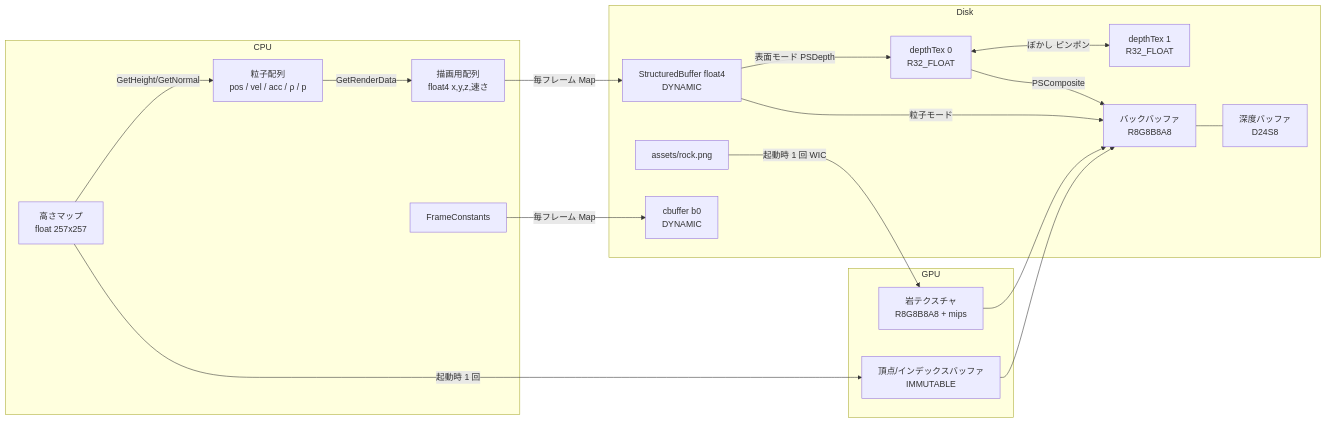
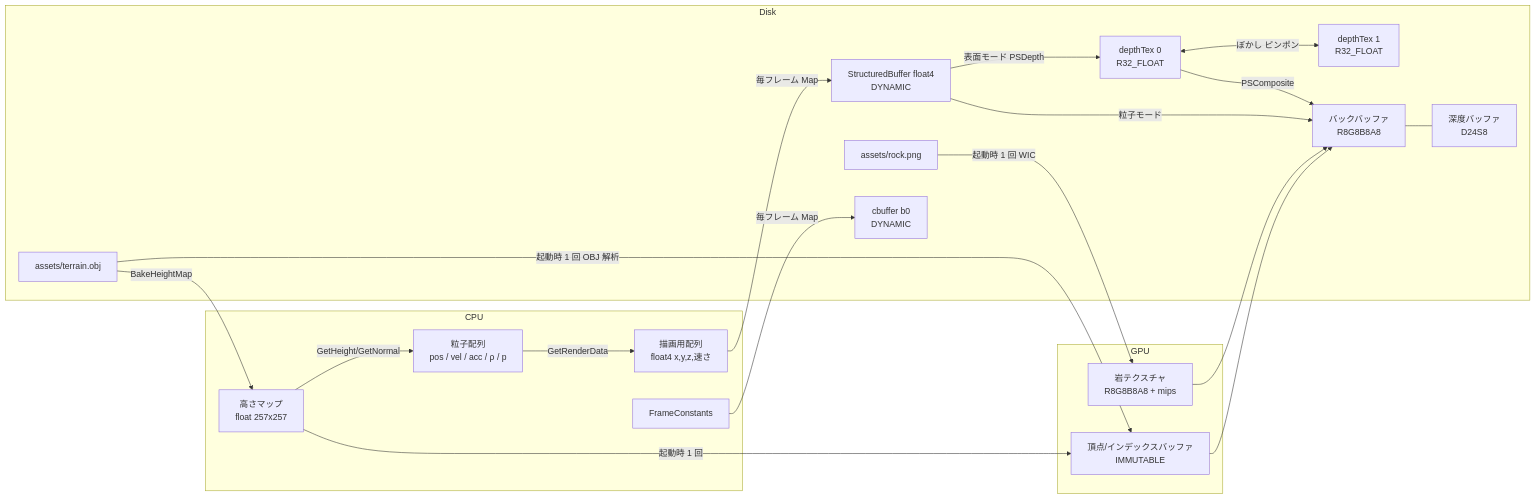
Before and after one commit to githubtarohario/water_from_mountain: diagram 11 of 11 in docs/FLOW.md, drawn with Mermaid. The commit also changed other lines of this file and 12 other files, not shown here.

````diff
--- a/docs/FLOW.md
+++ b/docs/FLOW.md
@@ -228,35 +235,38 @@
 ```mermaid
 graph LR
     subgraph CPU
         HM[高さマップ<br/>float 257x257]
         PD[粒子配列<br/>pos / vel / acc / ρ / p]
         RD[描画用配列<br/>float4 x,y,z,速さ]
         FC[FrameConstants]
     end
     subgraph GPU
         VB[頂点/インデックスバッファ<br/>IMMUTABLE]
         TX[岩テクスチャ<br/>R8G8B8A8 + mips]
     end
     subgraph Disk
         IMG[assets/rock.png]
+        OBJ[assets/terrain.obj]
         SB[StructuredBuffer float4<br/>DYNAMIC]
         CB[cbuffer b0<br/>DYNAMIC]
         DT0[depthTex 0<br/>R32_FLOAT]
         DT1[depthTex 1<br/>R32_FLOAT]
         BB[バックバッファ<br/>R8G8B8A8]
         DS[深度バッファ<br/>D24S8]
     end
     IMG -->|起動時 1 回 WIC| TX
+    OBJ -->|起動時 1 回 OBJ 解析| VB
+    OBJ -->|BakeHeightMap| HM
     HM -->|起動時 1 回| VB
     HM -->|GetHeight/GetNormal| PD
     PD -->|GetRenderData| RD
     RD -->|毎フレーム Map| SB
     FC -->|毎フレーム Map| CB
     VB --> BB
     TX --> BB
     SB -->|粒子モード| BB
     SB -->|表面モード PSDepth| DT0
     DT0 <-->|ぼかし ピンポン| DT1
     DT0 -->|PSComposite| BB
     BB --- DS
 ```
````
